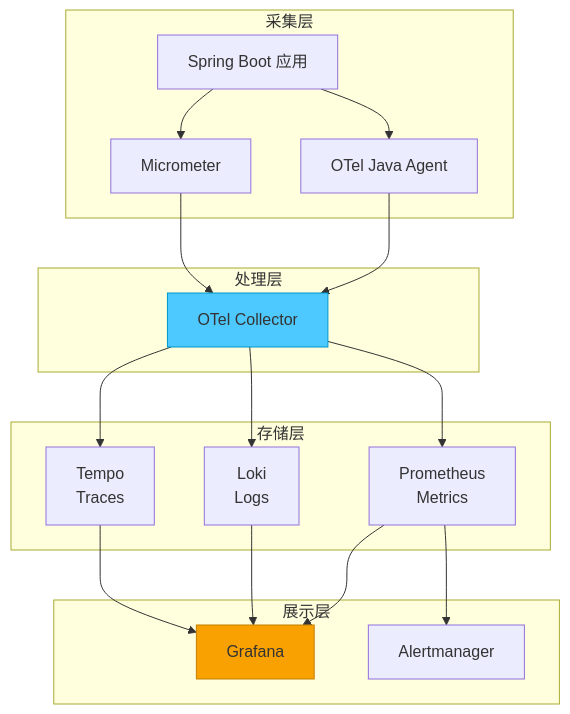
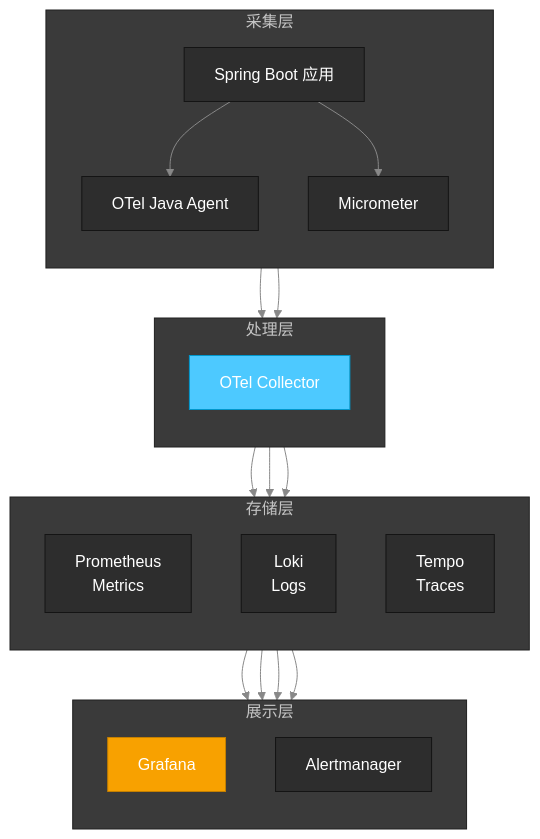
Before and after one commit to linqibin0826/patra: the diagram in patra-api/docs/til/2025/11/2025-11-29-observability-complete.md, drawn with Mermaid. The commit also changed other lines of this file and 4 other files, not shown here.

````diff
--- a/patra-api/docs/til/2025/11/2025-11-29-observability-complete.md
+++ b/patra-api/docs/til/2025/11/2025-11-29-observability-complete.md
@@ -75,32 +88,47 @@
 ```mermaid
+%%{init: {
+  'theme': 'base',
+  'themeVariables': {
+    'primaryColor': '#2d2d2d',
+    'primaryTextColor': '#ffffff',
+    'lineColor': '#888888',
+    'edgeLabelBackground': '#333333'
+  }
+}}%%
 flowchart TD
-    subgraph "采集层"
+    subgraph collection ["采集层"]
+        direction TB
         APP["Spring Boot 应用"]
         AGENT["OTel Java Agent"]
         MIC["Micrometer"]
     end
 
-    subgraph "处理层"
+    subgraph processing ["处理层"]
+        direction TB
         COLL["OTel Collector"]
     end
 
-    subgraph "存储层"
+    subgraph storage ["存储层"]
+        direction TB
         PROM["Prometheus<br/>Metrics"]
         LOKI["Loki<br/>Logs"]
         TEMPO["Tempo<br/>Traces"]
     end
 
-    subgraph "展示层"
+    subgraph visualization ["展示层"]
+        direction TB
         GRAF["Grafana"]
         AM["Alertmanager"]
     end
 
     APP --> AGENT --> COLL
     APP --> MIC --> COLL
     COLL --> PROM & LOKI & TEMPO
     PROM & LOKI & TEMPO --> GRAF
     PROM --> AM
 
-    style GRAF fill:#f8a100,stroke:#c47f00
-    style COLL fill:#4dc9ff,stroke:#0097cc
+    classDef grafana fill:#f8a100,stroke:#c47f00,color:#ffffff;
+    classDef collector fill:#4dc9ff,stroke:#0097cc,color:#ffffff;
+    class GRAF grafana;
+    class COLL collector;
 ```
````
